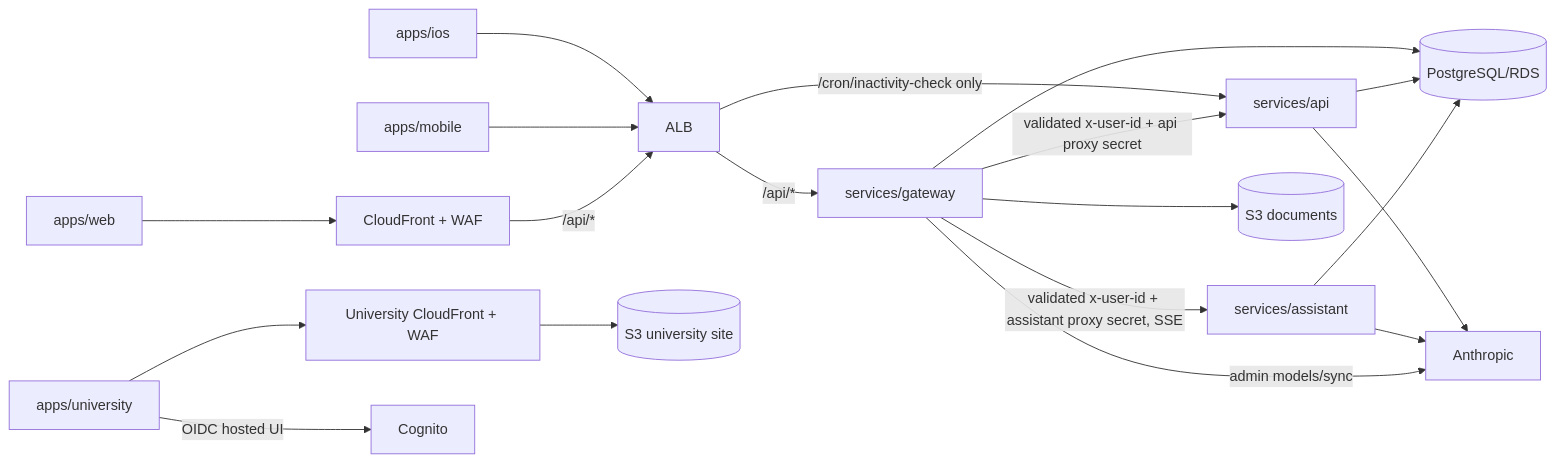
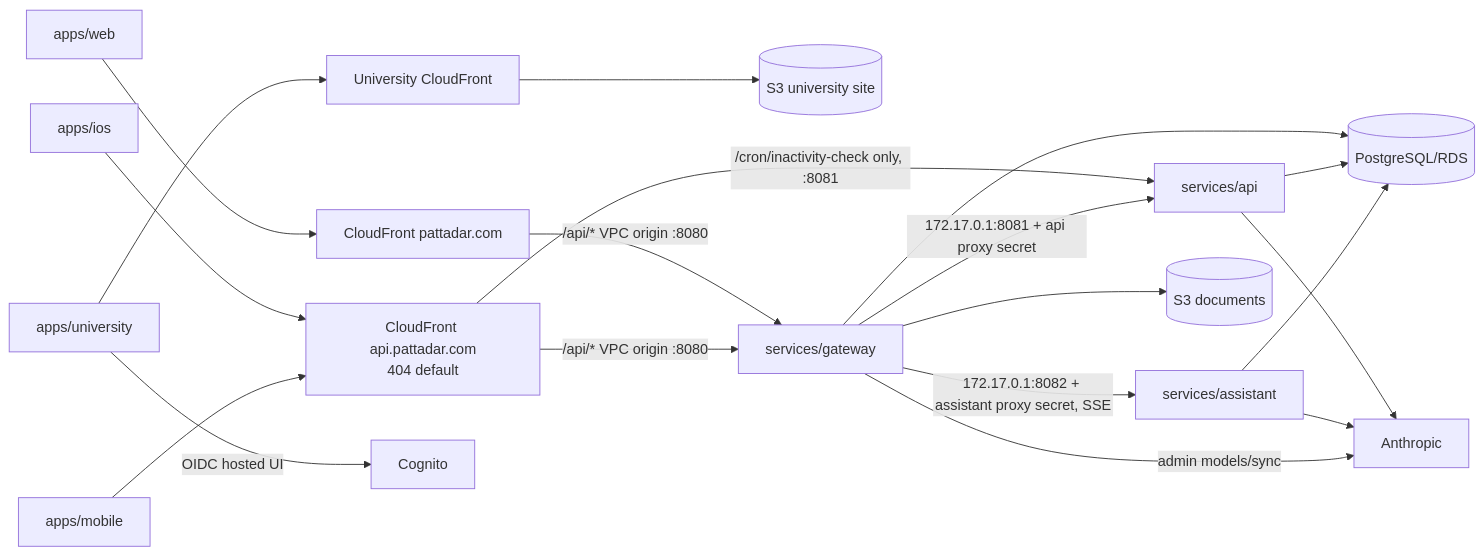
One commit to reddy-sh/pattadar-platform changed the diagram in .kiro/skills/architecture-trace/references/system-map.md. Above: the diagram before and after it, drawn with Mermaid. The commit also changed other lines of this file and 81 other files, not shown here.

First line of the commit message:
feat(infra): run the backend on one EC2 host behind CloudFront (B)

````diff
--- a/.kiro/skills/architecture-trace/references/system-map.md
+++ b/.kiro/skills/architecture-trace/references/system-map.md
@@ -30,17 +32,17 @@
 ```mermaid
 flowchart LR
-  WEB[apps/web] --> EDGE[CloudFront + WAF]
-  IOS[apps/ios] --> ALB[ALB]
-  MOB[apps/mobile] --> ALB
-  UNI[apps/university] --> UEDGE[University CloudFront + WAF] --> USITE[(S3 university site)]
+  WEB[apps/web] --> EDGE[CloudFront pattadar.com]
+  IOS[apps/ios] --> AEDGE[CloudFront api.pattadar.com\n404 default]
+  MOB[apps/mobile] --> AEDGE
+  UNI[apps/university] --> UEDGE[University CloudFront] --> USITE[(S3 university site)]
   UNI -->|OIDC hosted UI| COG[Cognito]
-  EDGE -->|/api/*| ALB
-  ALB -->|/api/*| GW[services/gateway]
-  ALB -->|/cron/inactivity-check only| API[services/api]
-  GW -->|validated x-user-id + api proxy secret| API
-  GW -->|validated x-user-id + assistant proxy secret, SSE| AST[services/assistant]
+  EDGE -->|/api/* VPC origin :8080| GW[services/gateway]
+  AEDGE -->|/api/* VPC origin :8080| GW
+  AEDGE -->|/cron/inactivity-check only, :8081| API[services/api]
+  GW -->|172.17.0.1:8081 + api proxy secret| API
+  GW -->|172.17.0.1:8082 + assistant proxy secret, SSE| AST[services/assistant]
   GW --> S3[(S3 documents)]
   GW & API & AST --> PG[(PostgreSQL/RDS)]
   API & AST --> ANT[Anthropic]
   GW -->|admin models/sync| ANT
 ```
````
